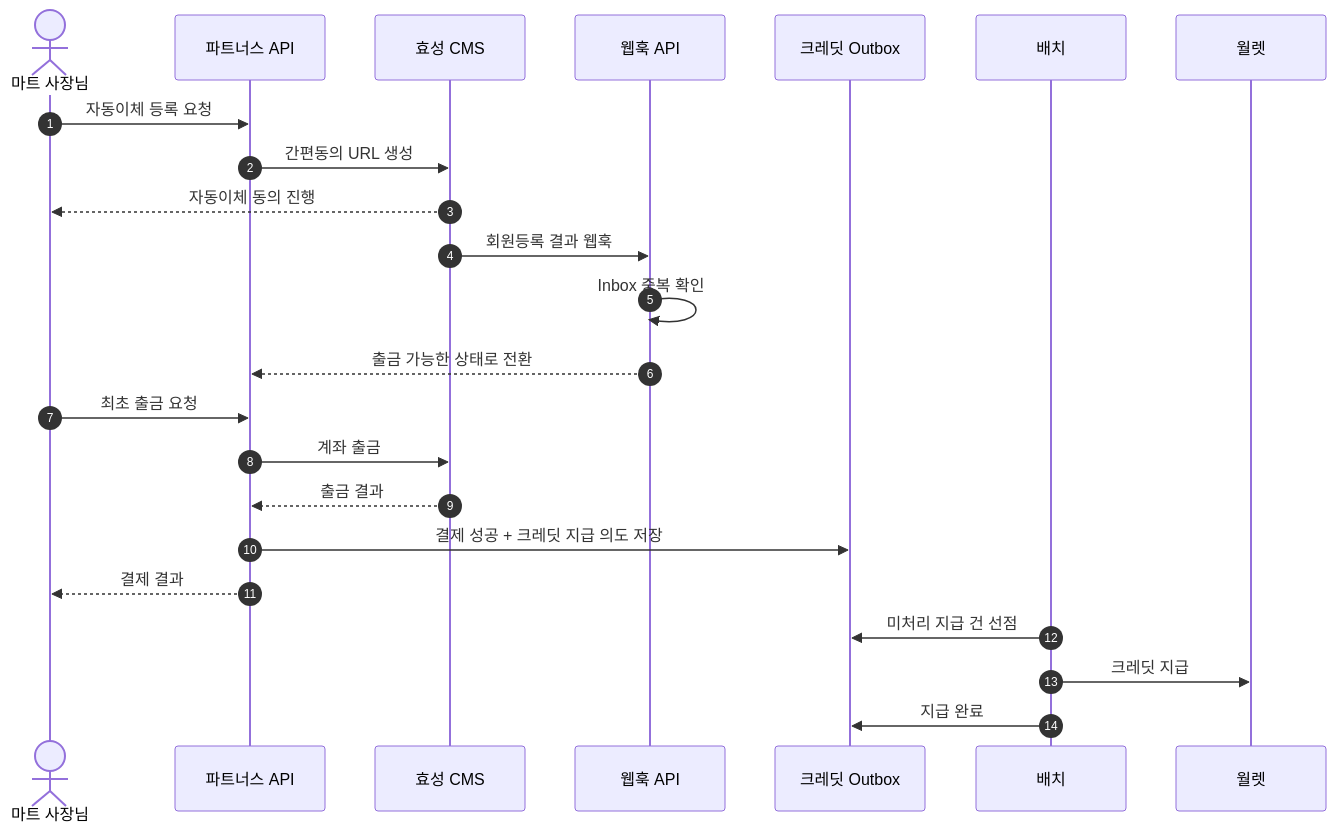
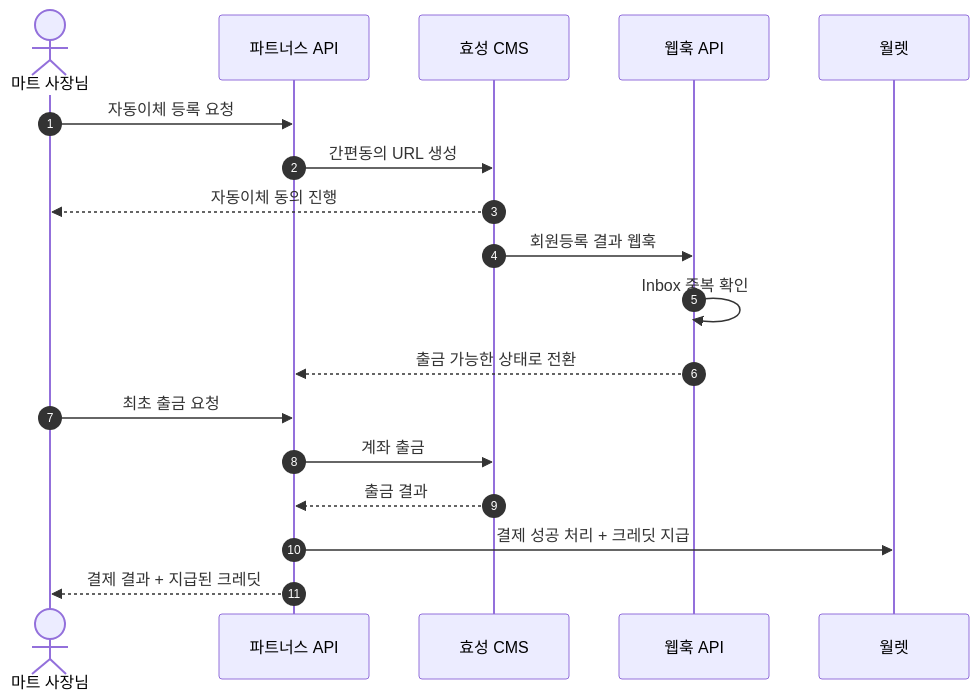
The first of 3 diagrams in content/projects/wallet.md (maruhxn/portfolio), drawn with Mermaid before and after one commit. The commit also changed other lines of this file, not shown here.

Commit message:
content: 월렛 크레딧 아웃박스 제거, 출금 성공 시 즉시 지급으로 반영
크레딧 Outbox와 배치를 거치던 지급 흐름이 출금 성공 시점 즉시 지급으로 바뀌어
시퀀스 다이어그램에서 Outbox·배치 참여자를 제거.
PAYMENT_SUCCEEDED가 종착 상태인 근거도 '지급 책임을 Outbox가 소유'에서
'이 시점에 크레딧까지 지급 완료'로 수정하고, 도입부의 서로 다른 시점 목록에서
크레딧 지급을 제외.

````diff
--- a/content/projects/wallet.md
+++ b/content/projects/wallet.md
@@ -9,26 +9,21 @@
 ```mermaid
 sequenceDiagram
     autonumber
     actor Mart as 마트 사장님
     participant API as 파트너스 API
     participant CMS as 효성 CMS
     participant Webhook as 웹훅 API
-    participant Outbox as 크레딧 Outbox
-    participant Batch as 배치
     participant Wallet as 월렛
 
     Mart ->> API: 자동이체 등록 요청
     API ->> CMS: 간편동의 URL 생성
     CMS -->> Mart: 자동이체 동의 진행
     CMS ->> Webhook: 회원등록 결과 웹훅
     Webhook ->> Webhook: Inbox 중복 확인
     Webhook -->> API: 출금 가능한 상태로 전환
     Mart ->> API: 최초 출금 요청
     API ->> CMS: 계좌 출금
     CMS -->> API: 출금 결과
-    API ->> Outbox: 결제 성공 + 크레딧 지급 의도 저장
-    API -->> Mart: 결제 결과
-    Batch ->> Outbox: 미처리 지급 건 선점
-    Batch ->> Wallet: 크레딧 지급
-    Batch ->> Outbox: 지급 완료
+    API ->> Wallet: 결제 성공 처리 + 크레딧 지급
+    API -->> Mart: 결제 결과 + 지급된 크레딧
 ```
````
